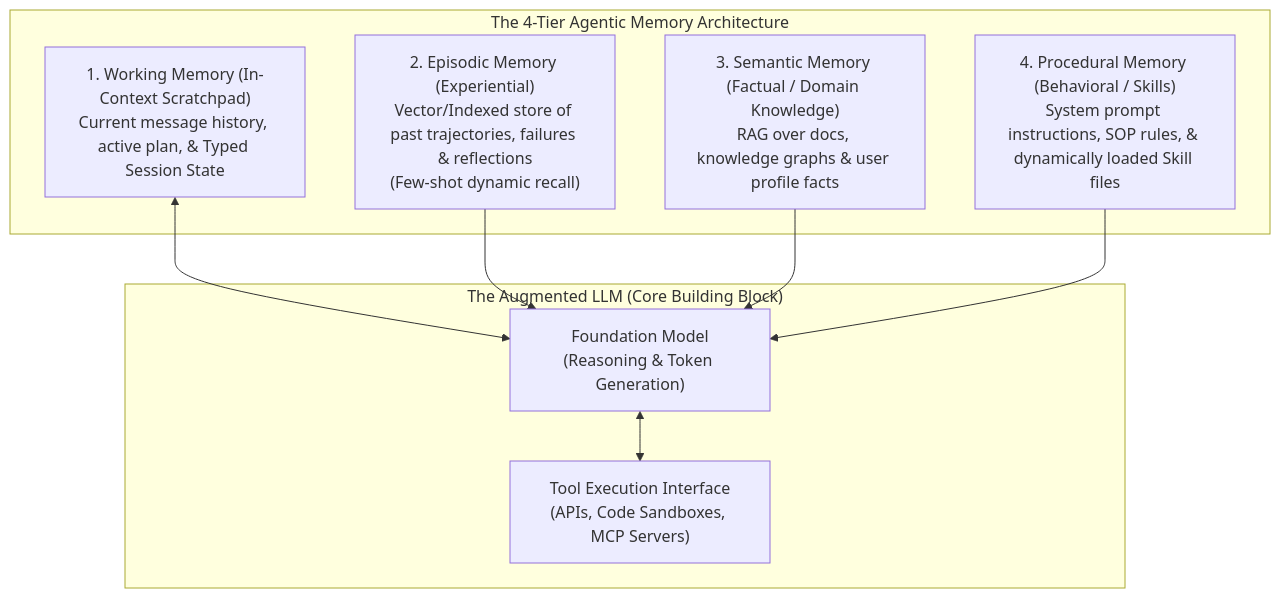
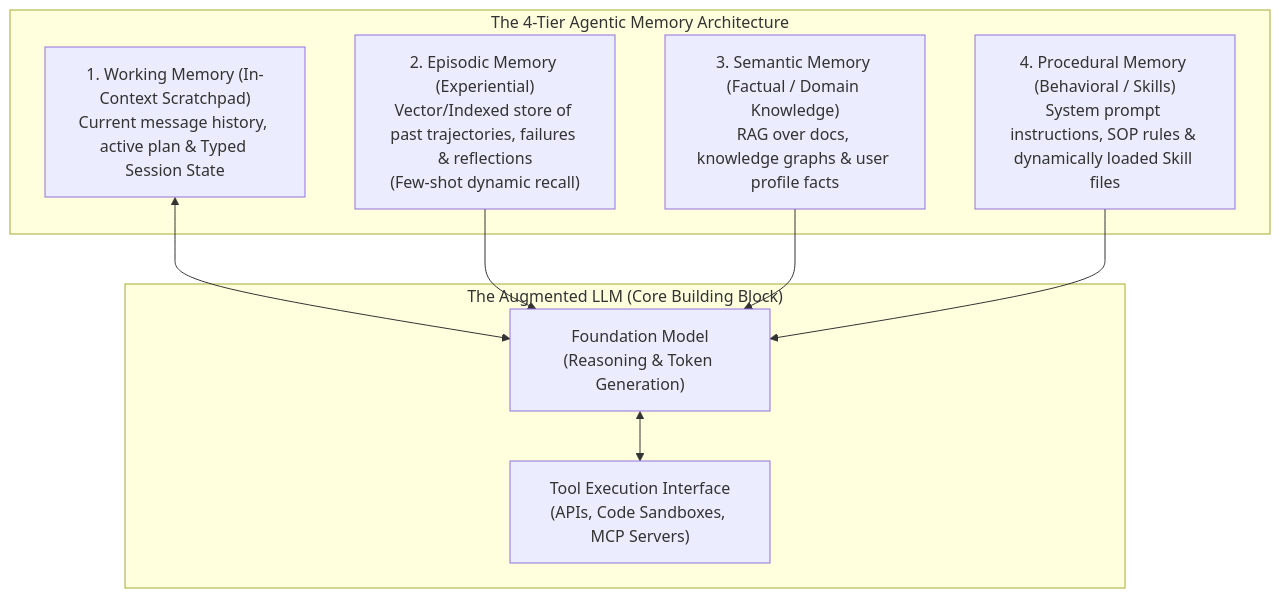
Before and after one commit to Rajdipc/agentic-ai-orchestration-patterns: the second of 2 diagrams in chapter-01-foundations-and-mental-models.md, drawn with Mermaid. The commit also changed other lines of this file and 18 other files, not shown here.

````diff
--- a/chapter-01-foundations-and-mental-models.md
+++ b/chapter-01-foundations-and-mental-models.md
@@ -40,20 +49,20 @@
 ```mermaid
 flowchart TD
     subgraph AugmentedLLM["The Augmented LLM (Core Building Block)"]
-        Model["Foundation Model\n(Reasoning & Token Generation)"]
-        Tools["Tool Execution Interface\n(APIs, Code Sandboxes, MCP Servers)"]
+        Model["Foundation Model<br/>(Reasoning & Token Generation)"]
+        Tools["Tool Execution Interface<br/>(APIs, Code Sandboxes, MCP Servers)"]
         Model <--> Tools
     end
 
     subgraph MemoryTiers["The 4-Tier Agentic Memory Architecture"]
-        M1["1. Working Memory (In-Context Scratchpad)\nCurrent message history, active plan, & Typed Session State"]
-        M2["2. Episodic Memory (Experiential)\nVector/Indexed store of past trajectories, failures & reflections\n(Few-shot dynamic recall)"]
-        M3["3. Semantic Memory (Factual / Domain Knowledge)\nRAG over docs, knowledge graphs & user profile facts"]
-        M4["4. Procedural Memory (Behavioral / Skills)\nSystem prompt instructions, SOP rules, & dynamically loaded Skill files"]
+        M1["1. Working Memory (In-Context Scratchpad)<br/>Current message history, active plan & Typed Session State"]
+        M2["2. Episodic Memory (Experiential)<br/>Vector/Indexed store of past trajectories, failures & reflections<br/>(Few-shot dynamic recall)"]
+        M3["3. Semantic Memory (Factual / Domain Knowledge)<br/>RAG over docs, knowledge graphs & user profile facts"]
+        M4["4. Procedural Memory (Behavioral / Skills)<br/>System prompt instructions, SOP rules & dynamically loaded Skill files"]
     end
 
     M1 <--> Model
     M2 --> Model
     M3 --> Model
     M4 --> Model
 ```
````
